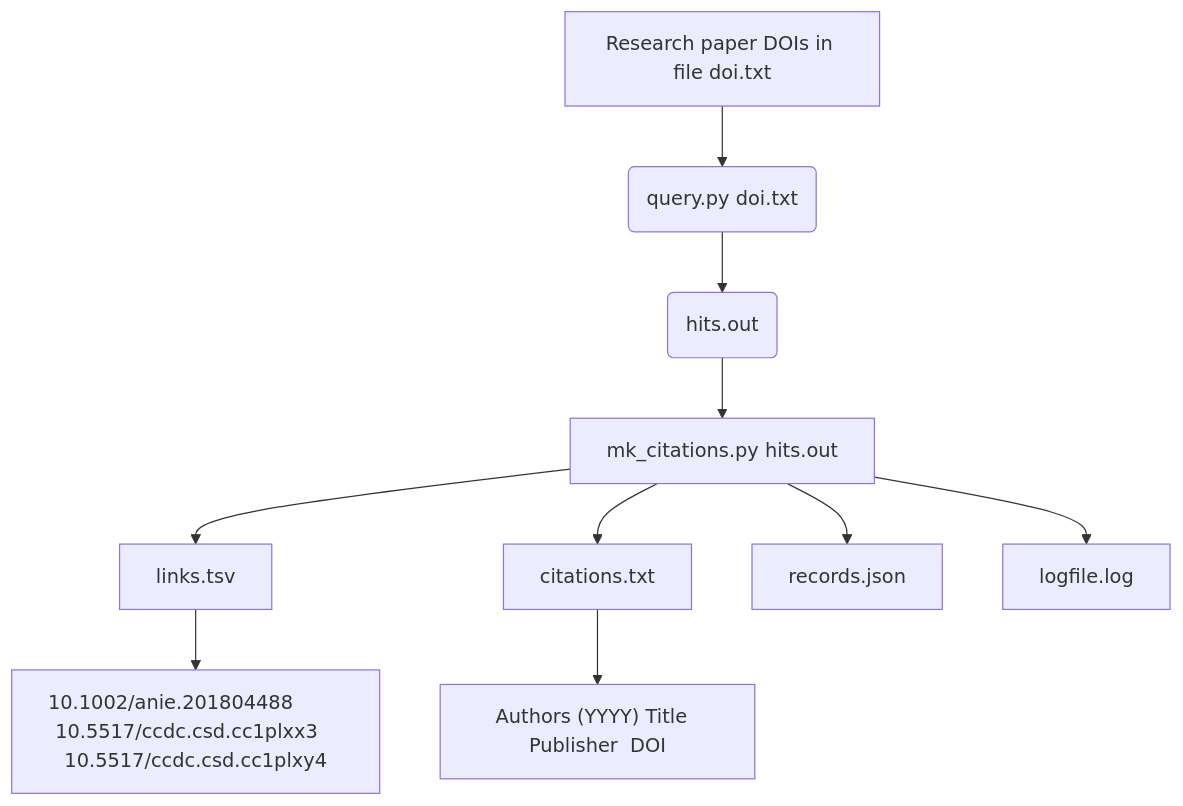
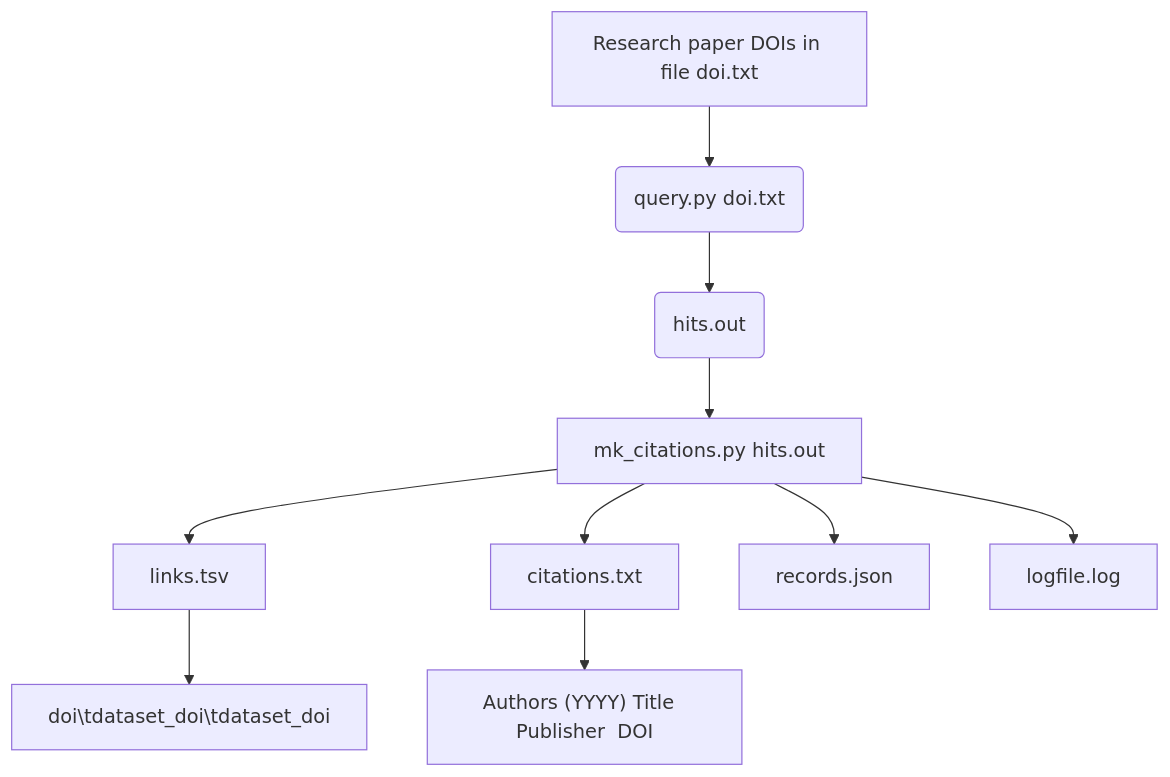
Before and after one commit to sefnyn/scholix: the diagram in README.md, drawn with Mermaid.

````diff
--- a/README.md
+++ b/README.md
@@ -3,13 +3,13 @@
 ```mermaid
 graph TD;
     A[Research paper DOIs in file doi.txt] --> B(query.py doi.txt) --> C(hits.out);
     C --> D[mk_citations.py hits.out];
     D --> E[links.tsv];
     D --> F[citations.txt];
     D --> G[records.json];
     D --> H[logfile.log];
-    E --> J[10.1002/anie.201804488	10.5517/ccdc.csd.cc1plxx3   10.5517/ccdc.csd.cc1plxy4];
+    E --> J[doi\tdataset_doi\tdataset_doi];
     F --> K["Authors (YYYY) Title  Publisher  DOI"];
     
 
 ```
````
